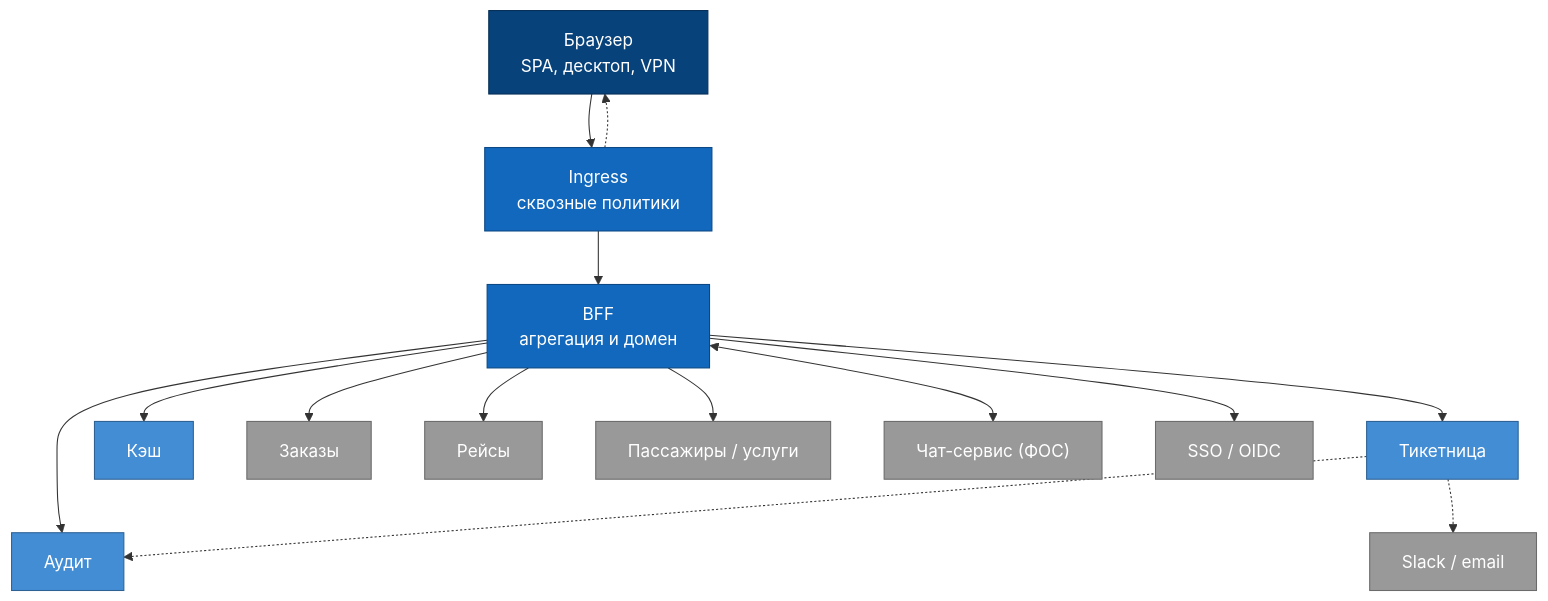
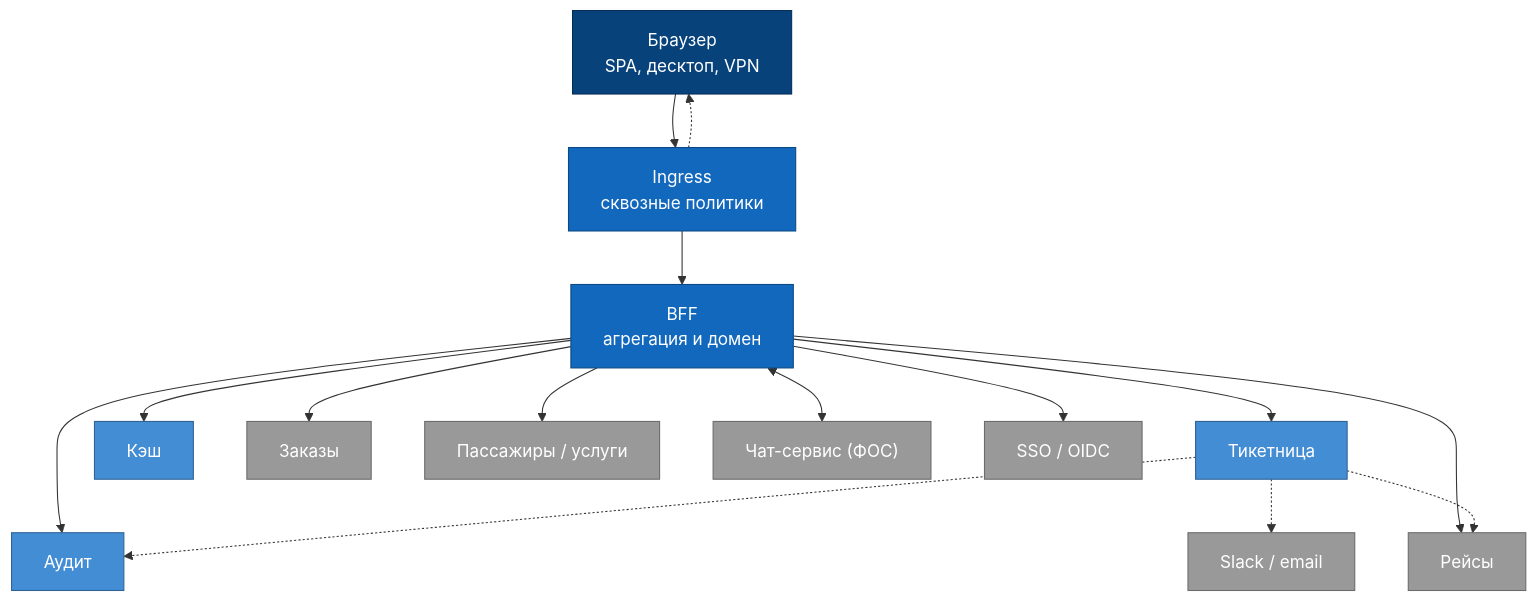
One commit to lionlimon/otus_lessons changed the first of 2 diagrams in docs/views/entry-layer.md. Above: the diagram before and after it, drawn with Mermaid. The commit also changed other lines of this file and 11 other files, not shown here.

````diff
--- a/docs/views/entry-layer.md
+++ b/docs/views/entry-layer.md
@@ -9,30 +9,31 @@
 ```mermaid
 graph TB
     B["Браузер<br/>SPA, десктоп, VPN"]
 
     B --> I["Ingress<br/>сквозные политики"]
     I --> F["BFF<br/>агрегация и домен"]
 
     F --> T["Тикетница"]
     F --> AU["Аудит"]
     F --> C["Кэш"]
     F --> O["Заказы"]
     F --> FL["Рейсы"]
     F --> P["Пассажиры / услуги"]
     F <--> CH["Чат-сервис (ФОС)"]
     F --> ID["SSO / OIDC"]
 
     I -.-> B
     T -.-> AU
     T -.-> SL["Slack / email"]
+    T -.-> FL
 
     classDef client fill:#08427b,stroke:#052e56,color:#ffffff;
     classDef entry fill:#1168bd,stroke:#0b4884,color:#ffffff;
     classDef svc fill:#438dd5,stroke:#2e6295,color:#ffffff;
     classDef ext fill:#999999,stroke:#6b6b6b,color:#ffffff;
 
     class B client
     class I,F entry
     class T,AU,C svc
     class O,FL,P,CH,ID,SL ext
 ```
````
